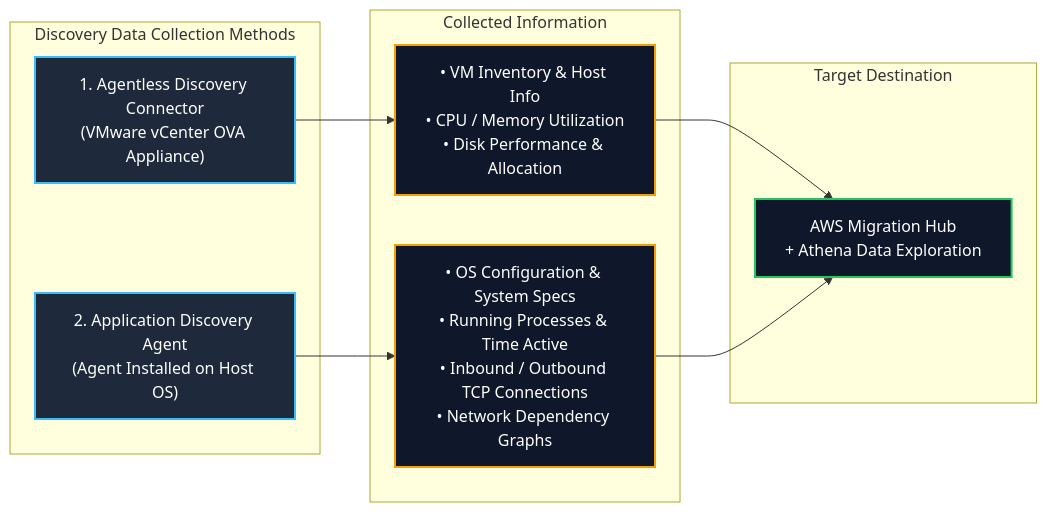
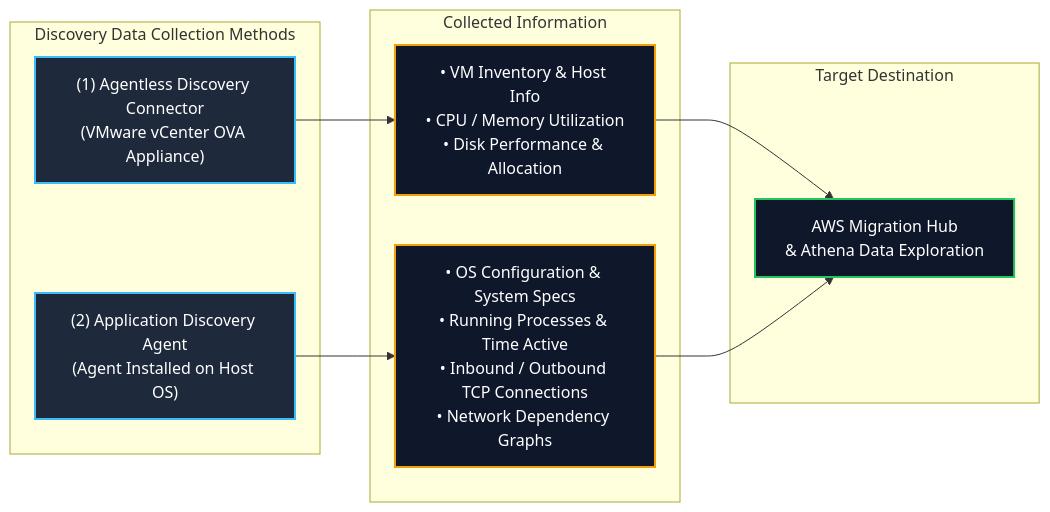
One commit to Wathon/aws-dea-c01-note changed the second of 4 diagrams in content/02-services/migration/application-discovery-and-mgn.md. Above: the diagram before and after it, drawn with Mermaid. The commit also changed other lines of this file and 19 other files, not shown here.

Commit message:
fix(mermaid): resolve 'Unsupported markdown: list' rendering issues across all diagram node and edge labels

````diff
--- a/content/02-services/migration/application-discovery-and-mgn.md
+++ b/content/02-services/migration/application-discovery-and-mgn.md
@@ -97,27 +97,27 @@
 ```mermaid
 graph LR
     subgraph DiscoveryMethods["Discovery Data Collection Methods"]
-        Method1["1. Agentless Discovery Connector<br/>(VMware vCenter OVA Appliance)"]
-        Method2["2. Application Discovery Agent<br/>(Agent Installed on Host OS)"]
+        Method1["(1) Agentless Discovery Connector<br/>(VMware vCenter OVA Appliance)"]
+        Method2["(2) Application Discovery Agent<br/>(Agent Installed on Host OS)"]
     end
 
     subgraph CollectedData["Collected Information"]
         Data1["• VM Inventory & Host Info<br/>• CPU / Memory Utilization<br/>• Disk Performance & Allocation"]
         Data2["• OS Configuration & System Specs<br/>• Running Processes & Time Active<br/>• Inbound / Outbound TCP Connections<br/>• Network Dependency Graphs"]
     end
 
     subgraph CentralDashboard["Target Destination"]
-        Hub["AWS Migration Hub<br/>+ Athena Data Exploration"]
+        Hub["AWS Migration Hub<br/>& Athena Data Exploration"]
     end
 
     Method1 --> Data1 --> Hub
     Method2 --> Data2 --> Hub
 
     classDef method fill:#1e293b,stroke:#38bdf8,stroke-width:2px,color:#fff;
     classDef data fill:#0f172a,stroke:#f59e0b,stroke-width:2px,color:#fff;
     classDef hub fill:#0f172a,stroke:#22c55e,stroke-width:2px,color:#fff;
 
     class Method1,Method2 method;
     class Data1,Data2 data;
     class Hub hub;
 ```
````
